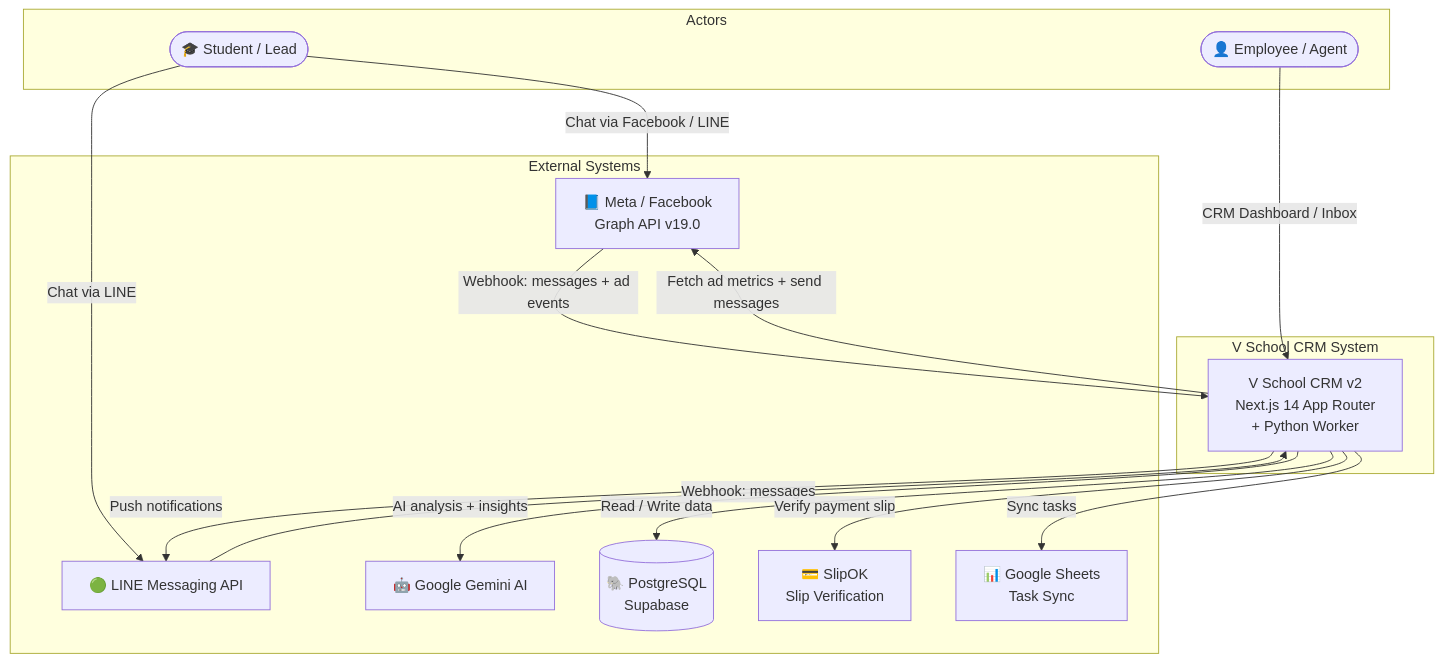
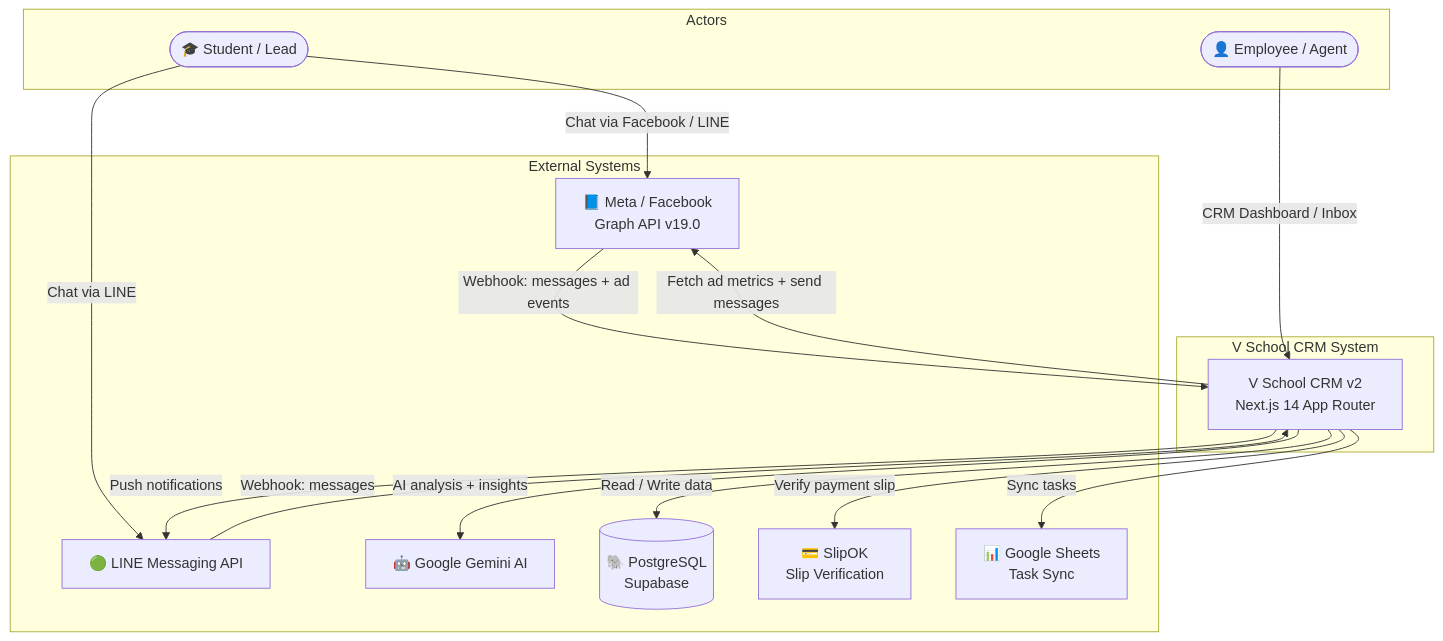
The first of 6 diagrams in docs/architecture/arc42-main.md (Freshair129/crmapp), drawn with Mermaid before and after one commit. The commit also changed other lines of this file and 13 other files, not shown here.

````diff
--- a/docs/architecture/arc42-main.md
+++ b/docs/architecture/arc42-main.md
@@ -32,34 +32,34 @@
 ```mermaid
 graph TB
     subgraph Actors
         Student([🎓 Student / Lead])
         Employee([👤 Employee / Agent])
     end
 
     subgraph VSchool_CRM [V School CRM System]
-        CRM[V School CRM v2\nNext.js 14 App Router\n+ Python Worker]
+        CRM[V School CRM v2\nNext.js 14 App Router]
     end
 
     subgraph External_Systems [External Systems]
         Meta[📘 Meta / Facebook\nGraph API v19.0]
         LINE[🟢 LINE Messaging API]
         Gemini[🤖 Google Gemini AI]
         Supabase[(🐘 PostgreSQL\nSupabase)]
         SlipOK[💳 SlipOK\nSlip Verification]
         Sheets[📊 Google Sheets\nTask Sync]
     end
 
     Student -->|Chat via Facebook / LINE| Meta
     Student -->|Chat via LINE| LINE
     Employee -->|CRM Dashboard / Inbox| CRM
 
     Meta -->|Webhook: messages + ad events| CRM
     LINE -->|Webhook: messages| CRM
 
     CRM -->|Fetch ad metrics + send messages| Meta
     CRM -->|Push notifications| LINE
     CRM -->|AI analysis + insights| Gemini
     CRM -->|Read / Write data| Supabase
     CRM -->|Verify payment slip| SlipOK
     CRM -->|Sync tasks| Sheets
 ```
````
